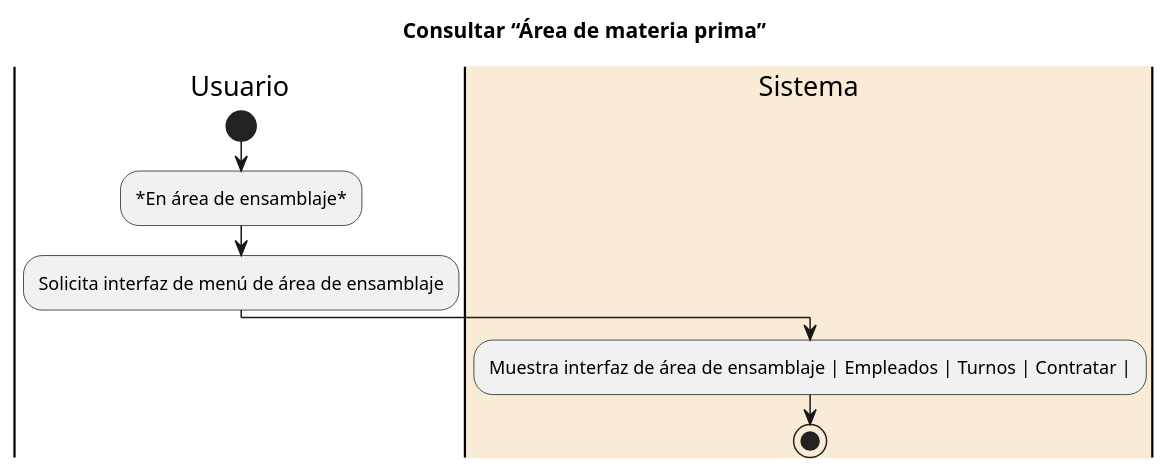
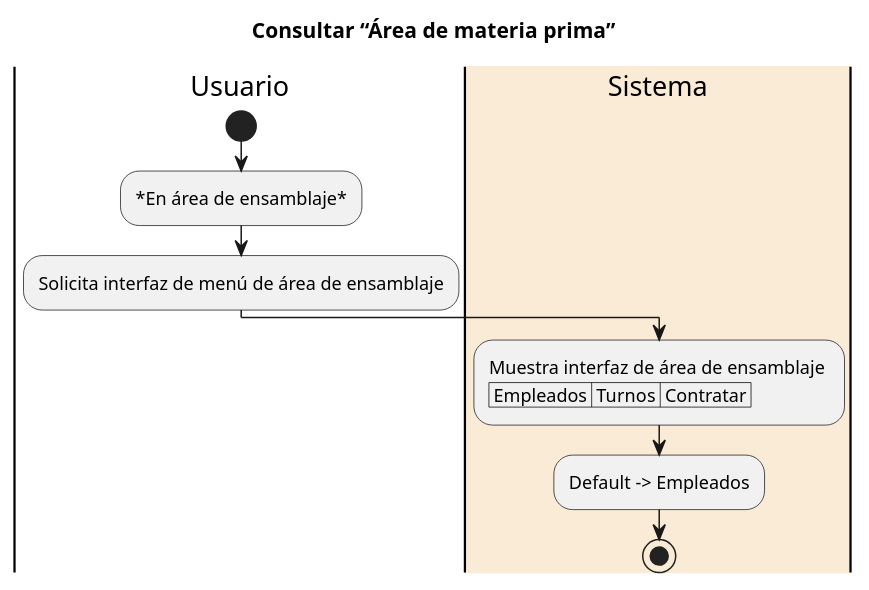
The diagram in diagrams/19_Simulacion/26_consulta_area_ensamblaje.puml (SALV19/NOVUS_MXREP_Roblox), drawn with PlantUML before and after one commit. The commit also changed 9 other files, not shown here.

```diff
--- a/diagrams/19_Simulacion/26_consulta_area_ensamblaje.puml
+++ b/diagrams/19_Simulacion/26_consulta_area_ensamblaje.puml
@@ -1,16 +1,17 @@
 @startuml Consultar “Área de materia prima”
 title Consultar “Área de materia prima”
 
 |Usuario|
 start
 :*En área de ensamblaje*;
 :Solicita interfaz de menú de área de ensamblaje;
 
 |#AntiqueWhite|Sistema|
-:Muestra interfaz de área de ensamblaje | Empleados | Turnos | Contratar |;
+:Muestra interfaz de área de ensamblaje \n| Empleados | Turnos | Contratar |;
+:Default -> Empleados;
 
 
 stop
 
 
 @enduml
```
